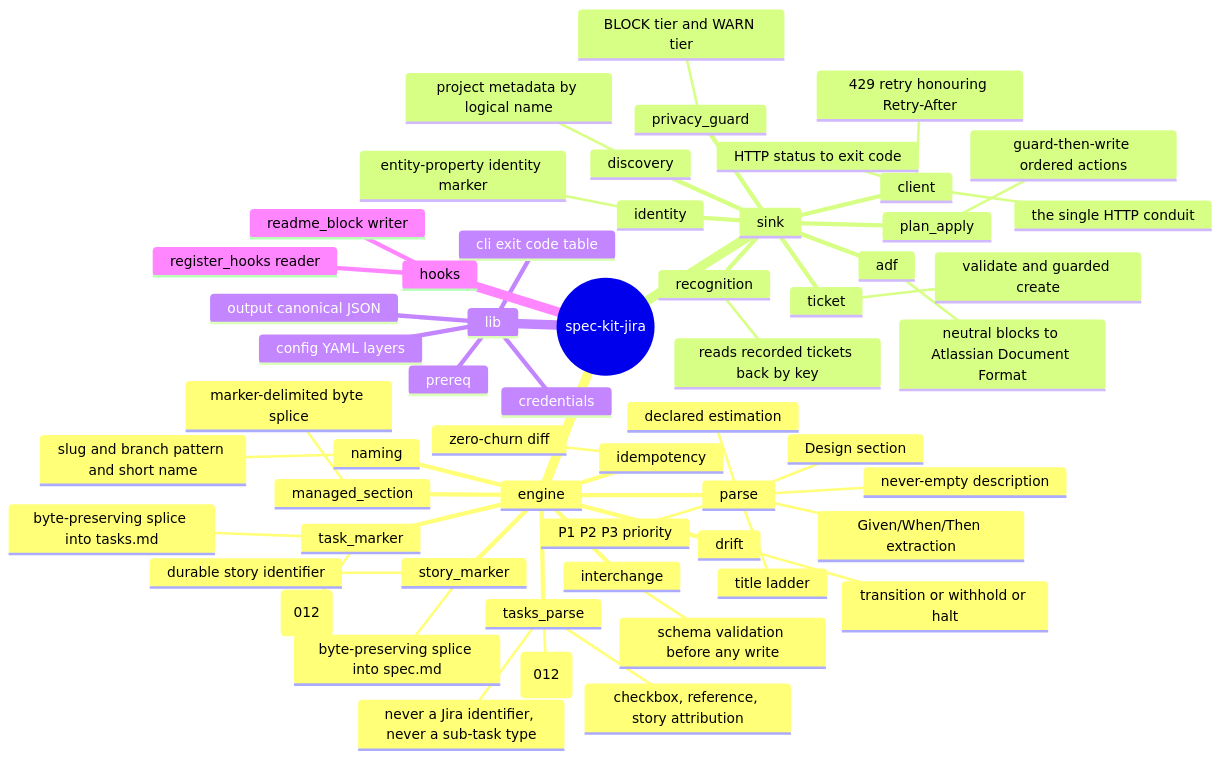
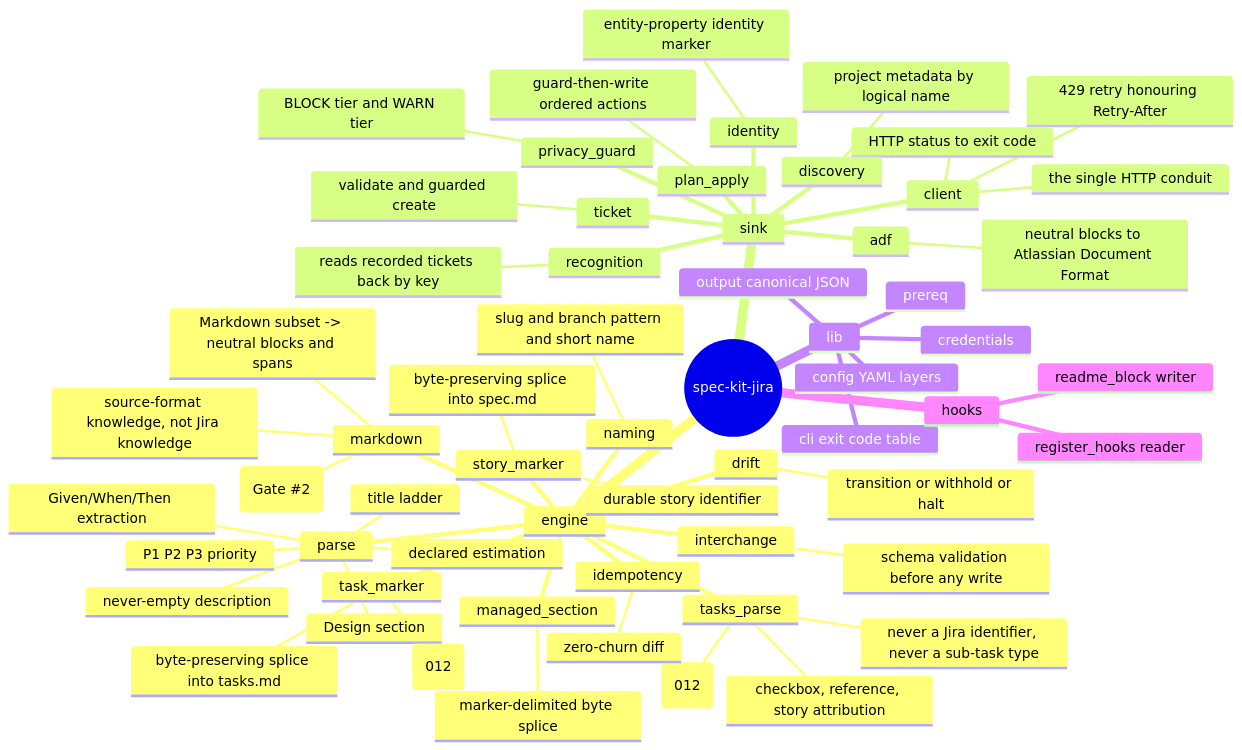
Before and after one commit to Fyloss/spec-kit-jira: the third of 5 diagrams in docs/02-module-architecture.md, drawn with Mermaid. The commit also changed other lines of this file and 88 other files, not shown here.

First line of the commit message:
feat: render Markdown in Jira descriptions instead of leaving raw syntax (#28)

````diff
--- a/docs/02-module-architecture.md
+++ b/docs/02-module-architecture.md
@@ -105,60 +106,64 @@
 ```mermaid
 mindmap
   root(("spec-kit-jira"))
     engine
       parse
         title ladder
         never-empty description
         Given/When/Then extraction
         Design section
         P1 P2 P3 priority
         declared estimation
+      markdown
+        Markdown subset -> neutral blocks and spans
+        source-format knowledge, not Jira knowledge
+        no Atlassian identifiers (Gate #2)
       interchange
         schema validation before any write
       story_marker
         durable story identifier
         byte-preserving splice into spec.md
       task_marker
         durable task identifier (012)
         byte-preserving splice into tasks.md
       tasks_parse
         neutral tasks.md reader (012)
         checkbox, reference, story attribution
         never a Jira identifier, never a sub-task type
       drift
         transition or withhold or halt
       idempotency
         zero-churn diff
       managed_section
         marker-delimited byte splice
       naming
         slug and branch pattern and short name
     sink
       client
         the single HTTP conduit
         429 retry honouring Retry-After
         HTTP status to exit code
       discovery
         project metadata by logical name
       identity
         entity-property identity marker
       recognition
         reads recorded tickets back by key
       ticket
         validate and guarded create
       adf
         neutral blocks to Atlassian Document Format
       privacy_guard
         BLOCK tier and WARN tier
       plan_apply
         guard-then-write ordered actions
     lib
       cli exit code table
       config YAML layers
       credentials
       output canonical JSON
       prereq
     hooks
       register_hooks reader
       readme_block writer
 ```
````
